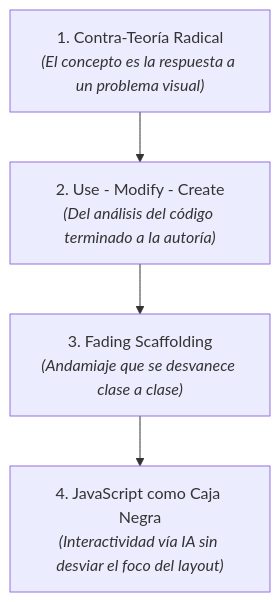
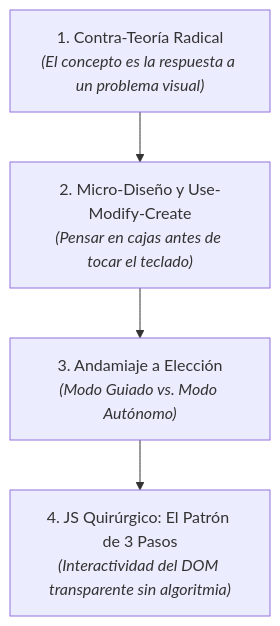
Before and after one commit to sergiogimenezclass/interfaces-web: the first of 2 diagrams in METODOLOGIA.md, drawn with Mermaid. The commit also changed other lines of this file and 1 other file, not shown here.

Commit message:
docs: consolidar mejoras pedagogicas (micro-diseno, js quirurgico, andamiaje a eleccion y viewport dvh)

````diff
--- a/METODOLOGIA.md
+++ b/METODOLOGIA.md
@@ -20,6 +20,6 @@
 ```mermaid
 flowchart TD
-    A["1. Contra-Teoría Radical<br/><i>(El concepto es la respuesta a un problema visual)</i>"] --> B["2. Use - Modify - Create<br/><i>(Del análisis del código terminado a la autoría)</i>"]
-    B --> C["3. Fading Scaffolding<br/><i>(Andamiaje que se desvanece clase a clase)</i>"]
-    C --> D["4. JavaScript como Caja Negra<br/><i>(Interactividad vía IA sin desviar el foco del layout)</i>"]
+    A["1. Contra-Teoría Radical<br/><i>(El concepto es la respuesta a un problema visual)</i>"] --> B["2. Micro-Diseño y Use-Modify-Create<br/><i>(Pensar en cajas antes de tocar el teclado)</i>"]
+    B --> C["3. Andamiaje a Elección<br/><i>(Modo Guiado vs. Modo Autónomo)</i>"]
+    C --> D["4. JS Quirúrgico: El Patrón de 3 Pasos<br/><i>(Interactividad del DOM transparente sin algoritmia)</i>"]
 ```
````
